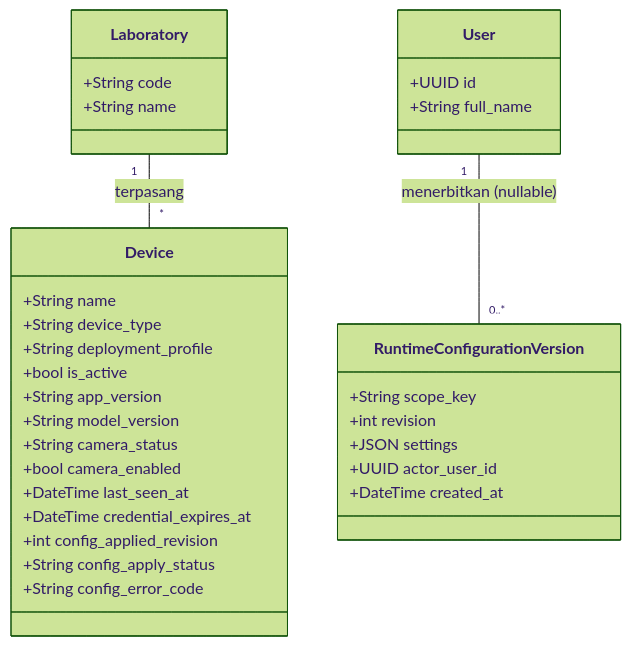
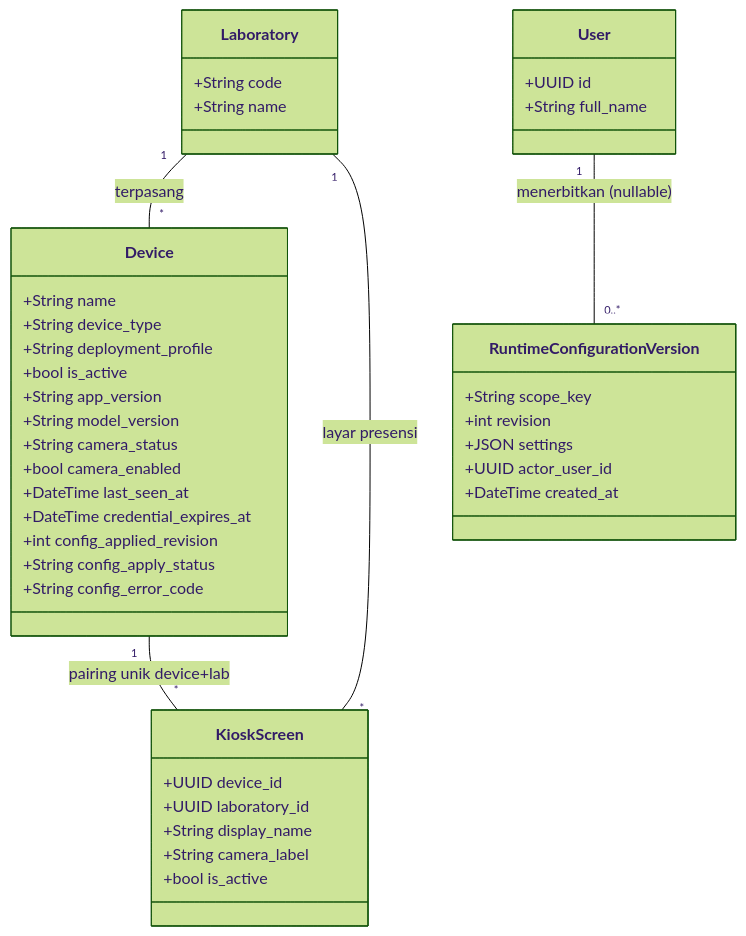
Before and after one commit to mygads/Face-Recognition-Capstone: the fifth of 6 diagrams in docs/proposal/07-data-dan-class.md, drawn with Mermaid (forest theme). The commit also changed other lines of this file and 242 other files, not shown here.

````diff
--- a/docs/proposal/07-data-dan-class.md
+++ b/docs/proposal/07-data-dan-class.md
@@ -219,35 +257,44 @@
 ```mermaid
 classDiagram
   class Device {
     +String name
     +String device_type
     +String deployment_profile
     +bool is_active
     +String app_version
     +String model_version
     +String camera_status
     +bool camera_enabled
     +DateTime last_seen_at
     +DateTime credential_expires_at
     +int config_applied_revision
     +String config_apply_status
     +String config_error_code
   }
   class RuntimeConfigurationVersion {
     +String scope_key
     +int revision
     +JSON settings
     +UUID actor_user_id
     +DateTime created_at
   }
   class Laboratory {
     +String code
     +String name
   }
+  class KioskScreen {
+    +UUID device_id
+    +UUID laboratory_id
+    +String display_name
+    +String camera_label
+    +bool is_active
+  }
   class User {
     +UUID id
     +String full_name
   }
   Laboratory "1" -- "*" Device : terpasang
+  Laboratory "1" -- "*" KioskScreen : layar presensi
+  Device "1" -- "*" KioskScreen : pairing unik device+lab
   User "1" -- "0..*" RuntimeConfigurationVersion : menerbitkan (nullable)
 ```
````
